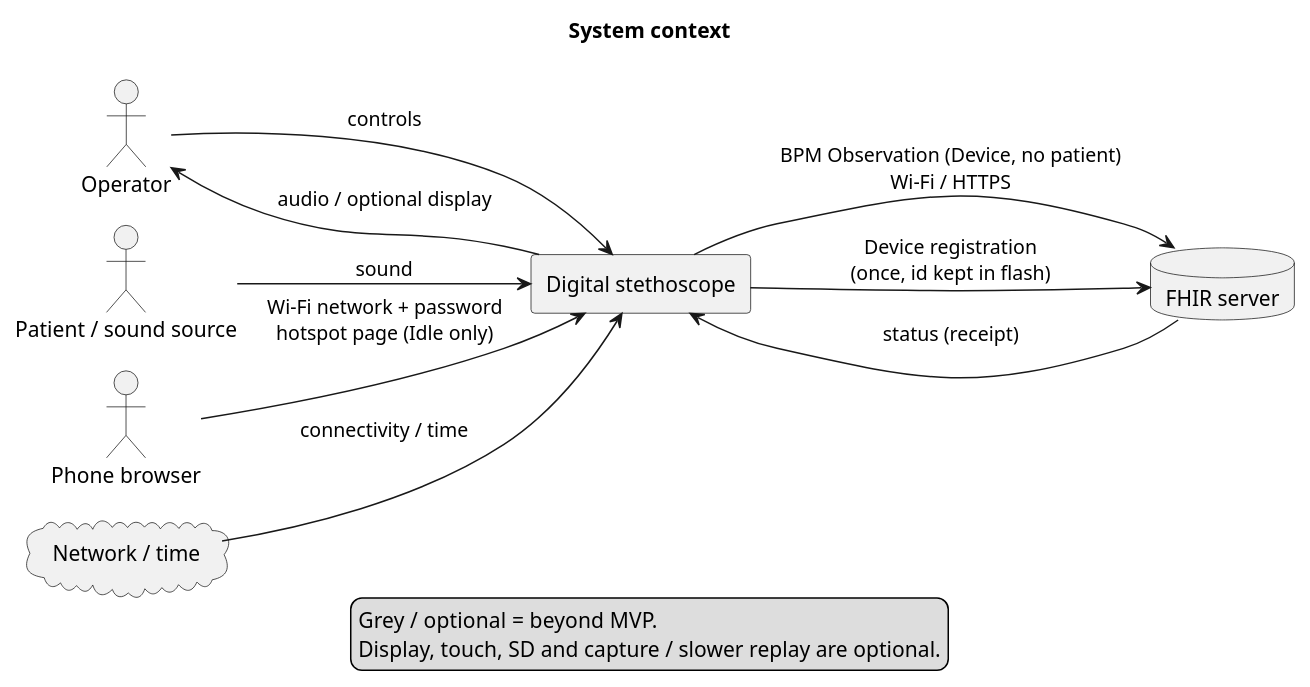
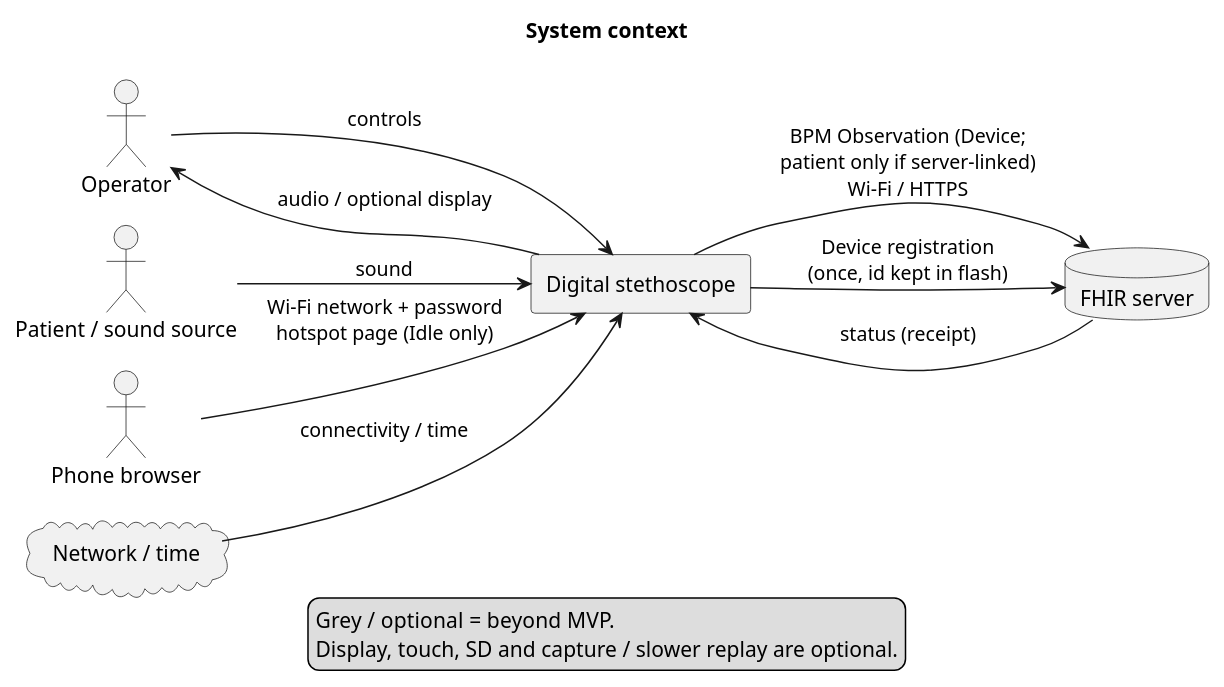
The diagram in Development/system/architecture/system-context.puml (DemonicPsychoII/DigitalStethoscope), drawn with PlantUML before and after one commit. The commit also changed 21 other files, not shown here.

```diff
--- a/Development/system/architecture/system-context.puml
+++ b/Development/system/architecture/system-context.puml
@@ -1,36 +1,36 @@
 @startuml system_context
 !pragma layout smetana
 skinparam shadowing false
 skinparam component {
  BackgroundColor<<optional>> #EEEEEE
  BorderColor<<optional>> #888888
  FontColor<<optional>> #666666
 }
 skinparam artifact {
  BackgroundColor<<optional>> #EEEEEE
  BorderColor<<optional>> #888888
  FontColor<<optional>> #666666
 }
 skinparam componentStyle rectangle
 skinparam defaultFontName SansSerif
 title System context
 left to right direction
 actor "Operator" as operator
 actor "Patient / sound source" as source
 actor "Phone browser" as phone
 rectangle "Digital stethoscope" as device
 database "FHIR server" as fhir
 cloud "Network / time" as net
 source --> device : sound
 operator --> device : controls
 device --> operator : audio / optional display
-device --> fhir : BPM Observation (Device, no patient)\nWi-Fi / HTTPS
+device --> fhir : BPM Observation (Device;\npatient only if server-linked)\nWi-Fi / HTTPS
 fhir --> device : status (receipt)
 net --> device : connectivity / time
 phone --> device : Wi-Fi network + password\nhotspot page (Idle only)
 device --> fhir : Device registration\n(once, id kept in flash)
 legend bottom
   Grey / optional = beyond MVP.
   Display, touch, SD and capture / slower replay are optional.
 endlegend
 @enduml
```
